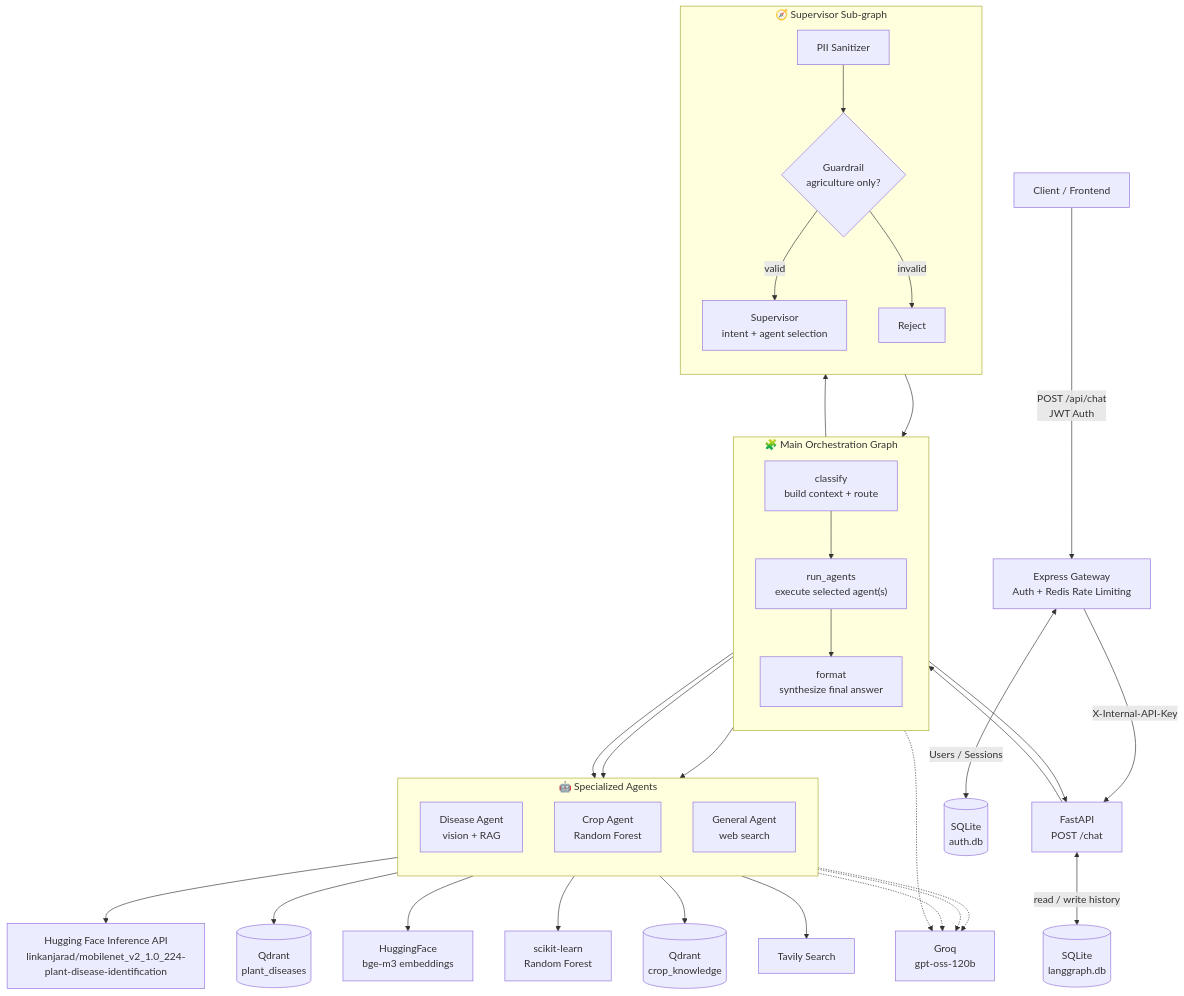
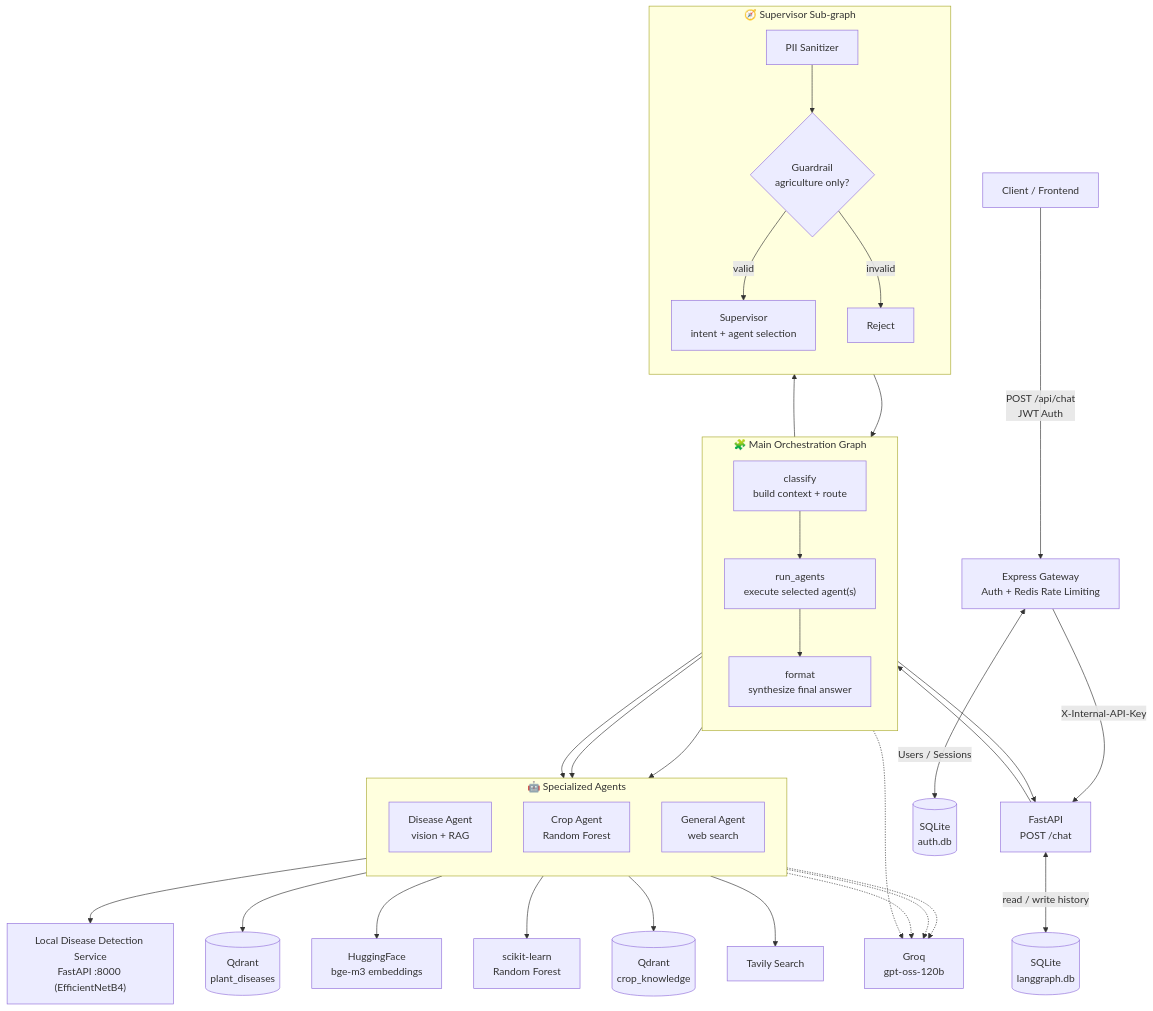
The first of 2 diagrams in agent_backend/README.md (mithun24112005/agri_agent_backend), drawn with Mermaid before and after one commit. The commit also changed other lines of this file and 16 other files, not shown here.

````diff
--- a/agent_backend/README.md
+++ b/agent_backend/README.md
@@ -65,51 +65,51 @@
 ```mermaid
 flowchart TD
     Client["Client / Frontend"] -->|"POST /api/chat<br/>JWT Auth"| Gateway["Express Gateway<br/>Auth + Redis Rate Limiting"]
 
     Gateway -->|"X-Internal-API-Key"| API["FastAPI<br/>POST /chat"]
 
     subgraph MAIN["🧩 Main Orchestration Graph"]
         direction TB
         Classify["classify<br/>build context + route"] --> Run["run_agents<br/>execute selected agent(s)"]
         Run --> Format["format<br/>synthesize final answer"]
     end
 
     API --> Classify
 
     subgraph SUP["🧭 Supervisor Sub-graph"]
         direction TB
         PII["PII Sanitizer"] --> Guard{"Guardrail<br/>agriculture only?"}
         Guard -->|valid| Route["Supervisor<br/>intent + agent selection"]
         Guard -->|invalid| Reject["Reject"]
     end
 
     Classify --> PII
     Route --> Run
 
     subgraph AGENTS["🤖 Specialized Agents"]
         direction TB
         Disease["Disease Agent<br/>vision + RAG"]
         Crop["Crop Agent<br/>Random Forest"]
         General["General Agent<br/>web search"]
     end
 
     Run --> Disease
     Run --> Crop
     Run --> General
 
-    Disease --> DAPI["Hugging Face Inference API<br/>linkanjarad/mobilenet_v2_1.0_224-plant-disease-identification"]
+    Disease --> DAPI["Local Disease Detection Service<br/>FastAPI :8000 (EfficientNetB4)"]
     Disease --> QD[("Qdrant<br/>plant_diseases")]
     Disease --> HF["HuggingFace<br/>bge-m3 embeddings"]
     Crop --> RF["scikit-learn<br/>Random Forest"]
     Crop --> QC[("Qdrant<br/>crop_knowledge")]
     General --> TAV["Tavily Search"]
 
     Disease -.-> LLM["Groq<br/>gpt-oss-120b"]
     Crop -.-> LLM
     General -.-> LLM
     Format -.-> LLM
 
     Format --> API
     API <-->|"read / write history"| DB[("SQLite<br/>langgraph.db")]
     Gateway <-->|"Users / Sessions"| AuthDB[("SQLite<br/>auth.db")]
 ```
````
